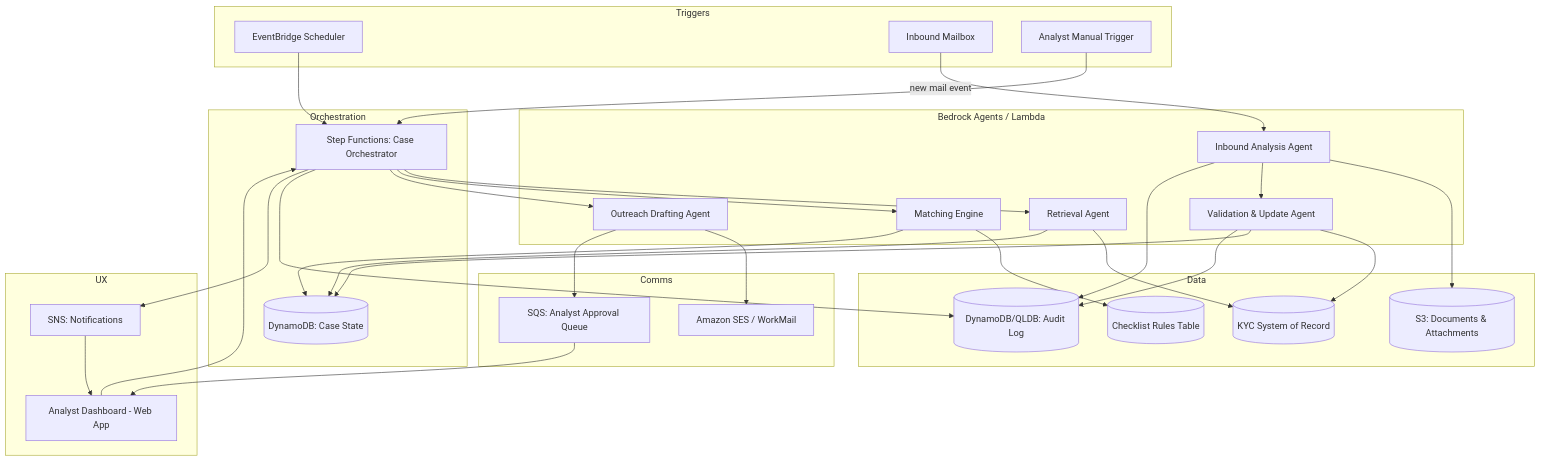
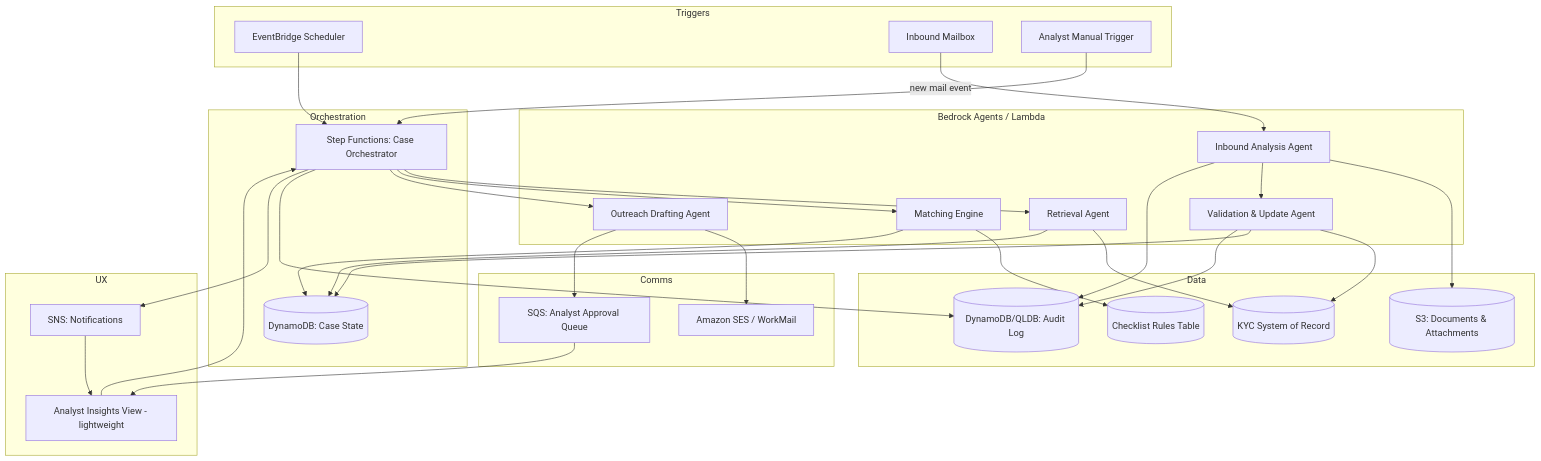
The diagram in .kiro/specs/client-outreach-agent/design.md (Arvind2015/ClientOutreach), drawn with Mermaid before and after one commit. The commit also changed other lines of this file and 4 other files, not shown here.

First line of the commit message:
Restore bank-specific wording, trim dashboard to lightweight v1 insights view

````diff
--- a/.kiro/specs/client-outreach-agent/design.md
+++ b/.kiro/specs/client-outreach-agent/design.md
@@ -15,59 +15,59 @@
 ```mermaid
 flowchart TB
     subgraph Triggers
         SCH[EventBridge Scheduler] 
         MBX[Inbound Mailbox]
         ANALYST[Analyst Manual Trigger]
     end
 
     subgraph Orchestration
         SF[Step Functions: Case Orchestrator]
         DDB[(DynamoDB: Case State)]
     end
 
     subgraph Agents["Bedrock Agents / Lambda"]
         A1[Retrieval Agent]
         A2[Matching Engine]
         A3[Outreach Drafting Agent]
         A4[Inbound Analysis Agent]
         A5[Validation & Update Agent]
     end
 
     subgraph Data
         KYCSRC[(KYC System of Record)]
         RULES[(Checklist Rules Table)]
         S3DOC[(S3: Documents & Attachments)]
         AUDIT[(DynamoDB/QLDB: Audit Log)]
     end
 
     subgraph Comms
         SES[Amazon SES / WorkMail]
         QUEUE[SQS: Analyst Approval Queue]
     end
 
     subgraph UX
-        DASH[Analyst Dashboard - Web App]
+        DASH[Analyst Insights View - lightweight]
         NOTIFY[SNS: Notifications]
     end
 
     SCH --> SF
     ANALYST --> SF
     MBX -->|new mail event| A4
     SF --> A1 --> KYCSRC
     A1 --> DDB
     SF --> A2
     A2 --> RULES
     A2 --> DDB
     SF --> A3 --> SES
     A3 --> QUEUE
     QUEUE --> DASH
     A4 --> S3DOC
     A4 --> A5
     A5 --> KYCSRC
     A5 --> DDB
     SF --> AUDIT
     A4 --> AUDIT
     A5 --> AUDIT
     SF --> NOTIFY --> DASH
     DASH --> SF
 ```
````
